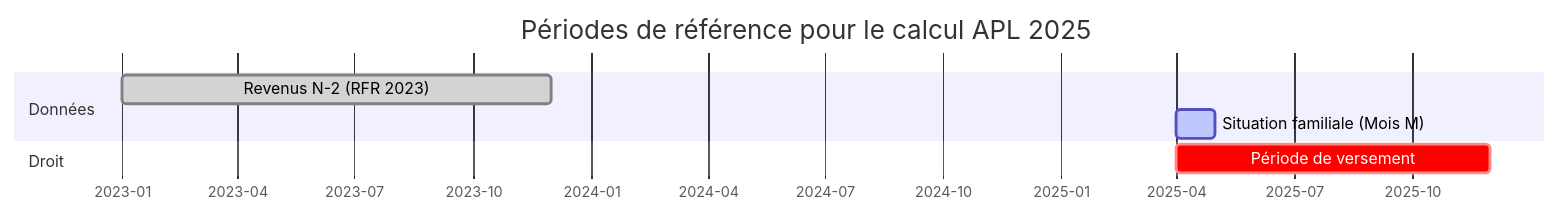
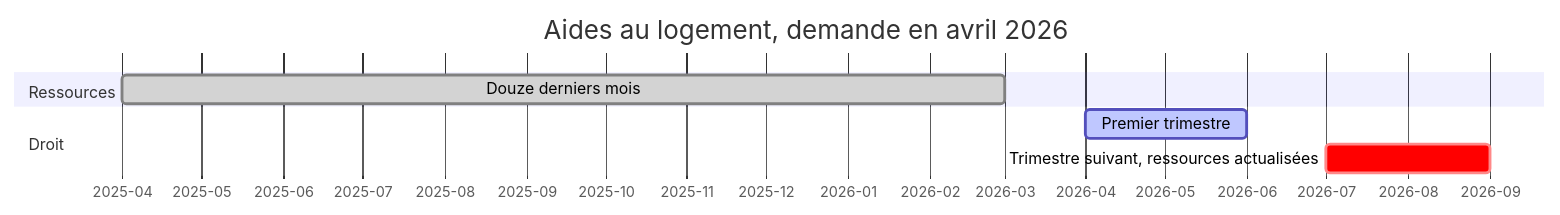
One commit to betagouv/aides-simplifiees-docs changed the second of 5 diagrams in docs/03_mutualiser/05_visuels.md. Above: the diagram before and after it, drawn with Mermaid. The commit also changed other lines of this file and 10 other files, not shown here.

````diff
--- a/docs/03_mutualiser/05_visuels.md
+++ b/docs/03_mutualiser/05_visuels.md
@@ -39,13 +33,13 @@
 ```mermaid
 gantt
-    title Périodes de référence pour le calcul APL 2025
+    title Aides au logement, demande en avril 2026
     dateFormat YYYY-MM
     axisFormat %Y-%m
     
-    section Données
-    Revenus N-2 (RFR 2023)             :done, 2023-01, 2023-12
-    Situation familiale (Mois M)       :active, 2025-04, 2025-05
+    section Ressources
+    Douze derniers mois                :done, 2025-04, 2026-03
     
     section Droit
-    Période de versement               :crit, 2025-04, 2025-12
+    Premier trimestre                  :active, 2026-04, 2026-06
+    Trimestre suivant, ressources actualisées :crit, 2026-07, 2026-09
 ```
````
